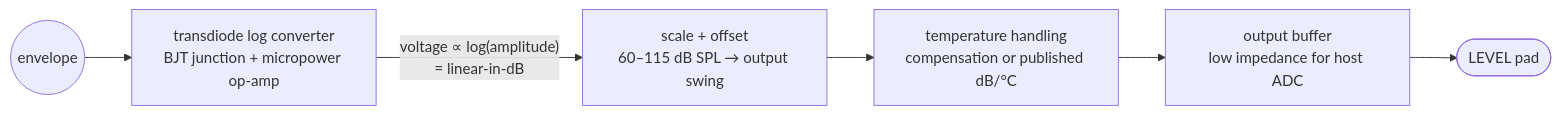
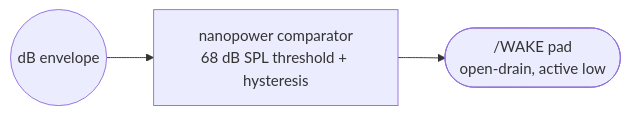
The fifth of 6 diagrams in README.md (zackees/soundwake), drawn with Mermaid before and after one commit. The commit also changed other lines of this file, not shown here.

````diff
--- a/README.md
+++ b/README.md
@@ -141,8 +142,5 @@
 ```mermaid
 flowchart LR
-    S3IN(("envelope")) --> LOGC["transdiode log converter<br/>BJT junction + micropower op-amp"]
-    LOGC -->|"voltage ∝ log(amplitude)<br/>= linear-in-dB"| SCL["scale + offset<br/>60–115 dB SPL → output swing"]
-    SCL --> TC["temperature handling<br/>compensation or published dB/°C"]
-    TC --> OB["output buffer<br/>low impedance for host ADC"]
-    OB --> LVPAD(["LEVEL pad"])
+    S3IN(("dB envelope")) --> CMP["nanopower comparator<br/>68 dB SPL threshold + hysteresis"]
+    CMP --> WK(["/WAKE pad<br/>open-drain, active low"])
 ```
````
